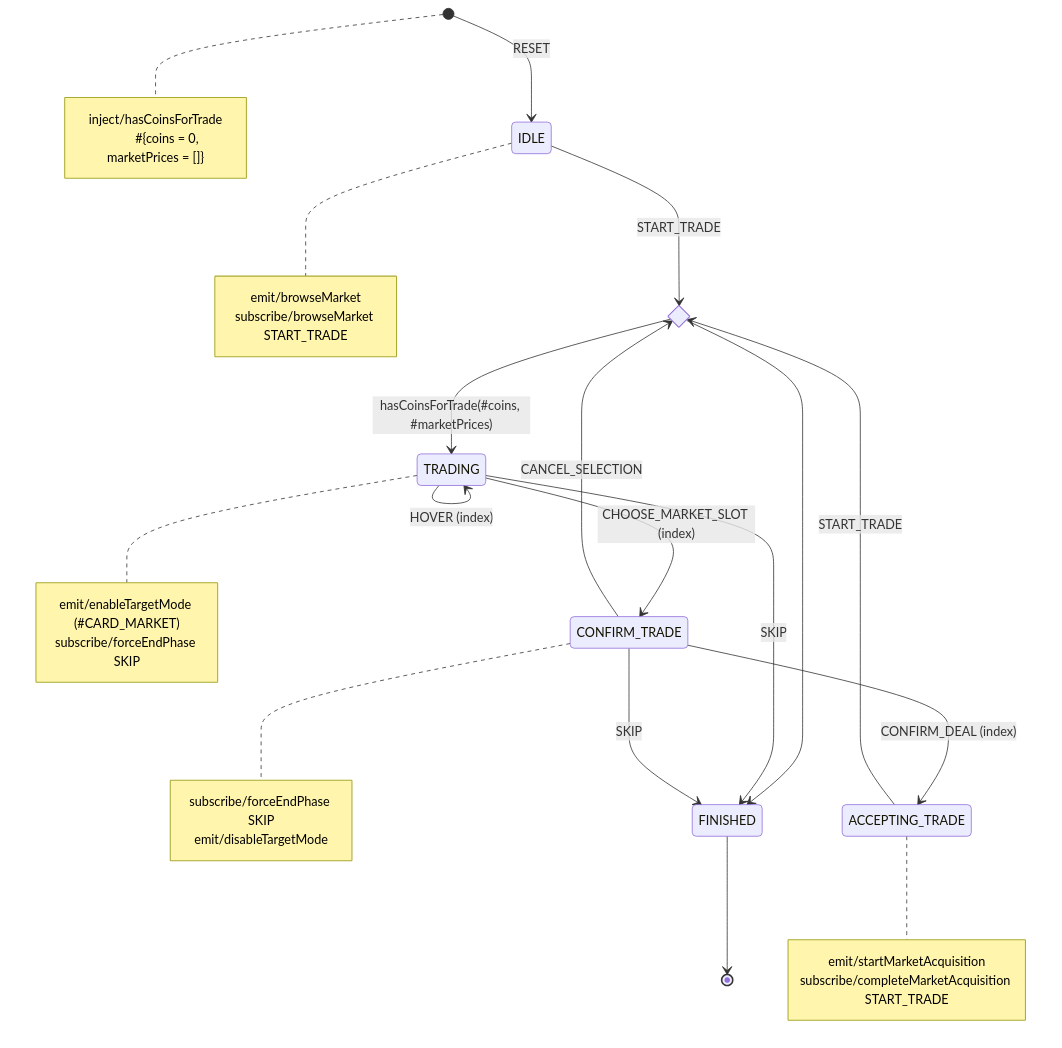
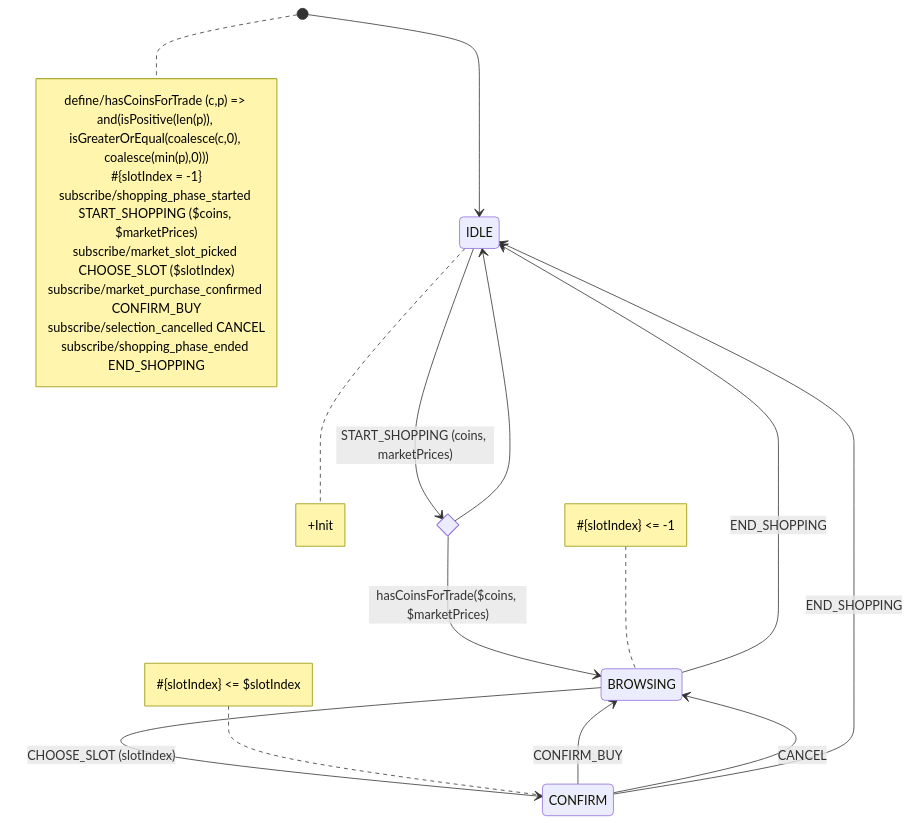
Before and after one commit to tfcp68/battle-farm: the diagram in src/shared/lib/fsm/diagrams/shopping.mermaid, drawn with Mermaid. The commit also changed 9 other files, not shown here.

```diff
--- a/src/shared/lib/fsm/diagrams/shopping.mermaid
+++ b/src/shared/lib/fsm/diagrams/shopping.mermaid
@@ -1,35 +1,33 @@
 stateDiagram-v2
-    [*] --> IDLE: RESET
-    note right of [*]
-        inject/hasCoinsForTrade
+    [*] --> IDLE
+    state canAfford <<choice>>
+    IDLE --> canAfford: START_SHOPPING (coins, marketPrices)
+    canAfford --> BROWSING: hasCoinsForTrade($coins, $marketPrices)
+    canAfford --> IDLE
+    BROWSING --> CONFIRM: CHOOSE_SLOT (slotIndex)
+    CONFIRM --> BROWSING: CONFIRM_BUY
+    CONFIRM --> BROWSING: CANCEL
+    BROWSING --> IDLE: END_SHOPPING
+    CONFIRM --> IDLE: END_SHOPPING
 
-        #{coins = 0, marketPrices = []}
-    end note
-    note right of IDLE
-        emit/browseMarket
-        subscribe/browseMarket START_TRADE
-    end note
-    state hasMoney <<choice>>
-    IDLE --> hasMoney: START_TRADE
-    hasMoney --> TRADING: hasCoinsForTrade(#coins, #marketPrices)
-    FINISHED --> [*]
-    hasMoney --> FINISHED
-    note right of TRADING
-        emit/enableTargetMode (#CARD_MARKET)
-        subscribe/forceEndPhase SKIP
-    end note
-    TRADING --> FINISHED: SKIP
-    TRADING --> TRADING: HOVER (index)
-    TRADING --> CONFIRM_TRADE: CHOOSE_MARKET_SLOT (index)
-    note right of CONFIRM_TRADE
-        subscribe/forceEndPhase SKIP
-        emit/disableTargetMode
-    end note
-    CONFIRM_TRADE --> FINISHED: SKIP
-    CONFIRM_TRADE --> hasMoney: CANCEL_SELECTION
-    CONFIRM_TRADE --> ACCEPTING_TRADE: CONFIRM_DEAL (index)
-    ACCEPTING_TRADE --> hasMoney: START_TRADE
-    note right of ACCEPTING_TRADE
-        emit/startMarketAcquisition
-        subscribe/completeMarketAcquisition START_TRADE
-    end note
+note right of IDLE
++Init
+end note
+
+note right of [*]
+define/hasCoinsForTrade (c,p) => and(isPositive(len(p)), isGreaterOrEqual(coalesce(c,0), coalesce(min(p),0)))
+#{slotIndex = -1}
+subscribe/shopping_phase_started START_SHOPPING ($coins, $marketPrices)
+subscribe/market_slot_picked CHOOSE_SLOT ($slotIndex)
+subscribe/market_purchase_confirmed CONFIRM_BUY
+subscribe/selection_cancelled CANCEL
+subscribe/shopping_phase_ended END_SHOPPING
+end note
+
+note left of BROWSING
+#{slotIndex} <= -1
+end note
+
+note left of CONFIRM
+#{slotIndex} <= $slotIndex
+end note
```
